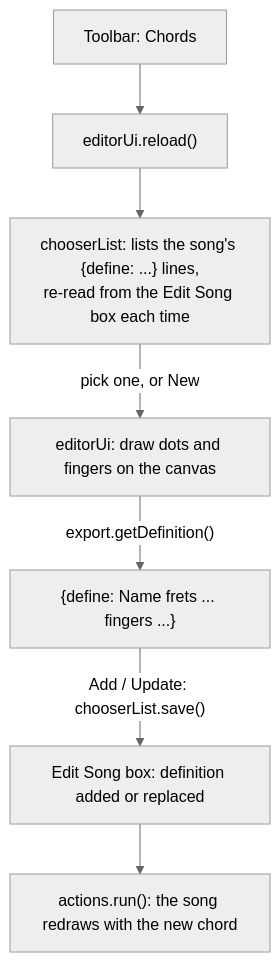
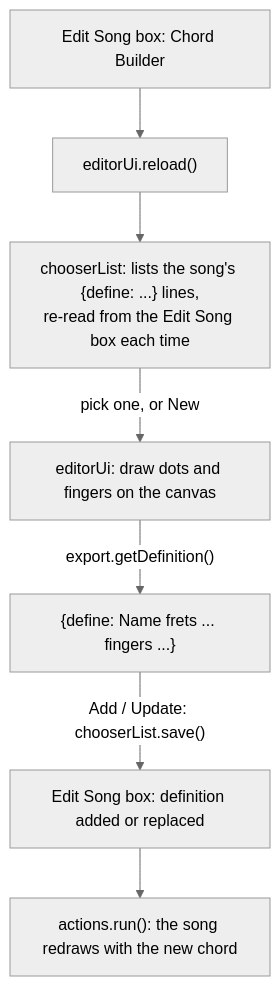
Before and after one commit to buzcarter/song-editor: the sixth of 6 diagrams in docs/ARCHITECTURE.md, drawn with Mermaid (neutral theme). The commit also changed other lines of this file and 9 other files, not shown here.

First line of the commit message:
Host API: an Edit menu and openChordBuilder(), in place of onEdit (UGS-0039)

````diff
--- a/docs/ARCHITECTURE.md
+++ b/docs/ARCHITECTURE.md
@@ -170,9 +170,9 @@
 ```mermaid
 flowchart TD
-  btn["Toolbar: Chords"] --> reload["editorUi.reload()"]
+  btn["Edit Song box: Chord Builder"] --> reload["editorUi.reload()"]
   reload --> list["chooserList: lists the song's {define: ...} lines,<br/>re-read from the Edit Song box each time"]
   list -- "pick one, or New" --> builder["editorUi: draw dots and fingers on the canvas"]
   builder -- "export.getDefinition()" --> def["{define: Name frets ... fingers ...}"]
   def -- "Add / Update: chooserList.save()" --> box["Edit Song box: definition added or replaced"]
   box --> run["actions.run(): the song redraws with the new chord"]
 ```
````
